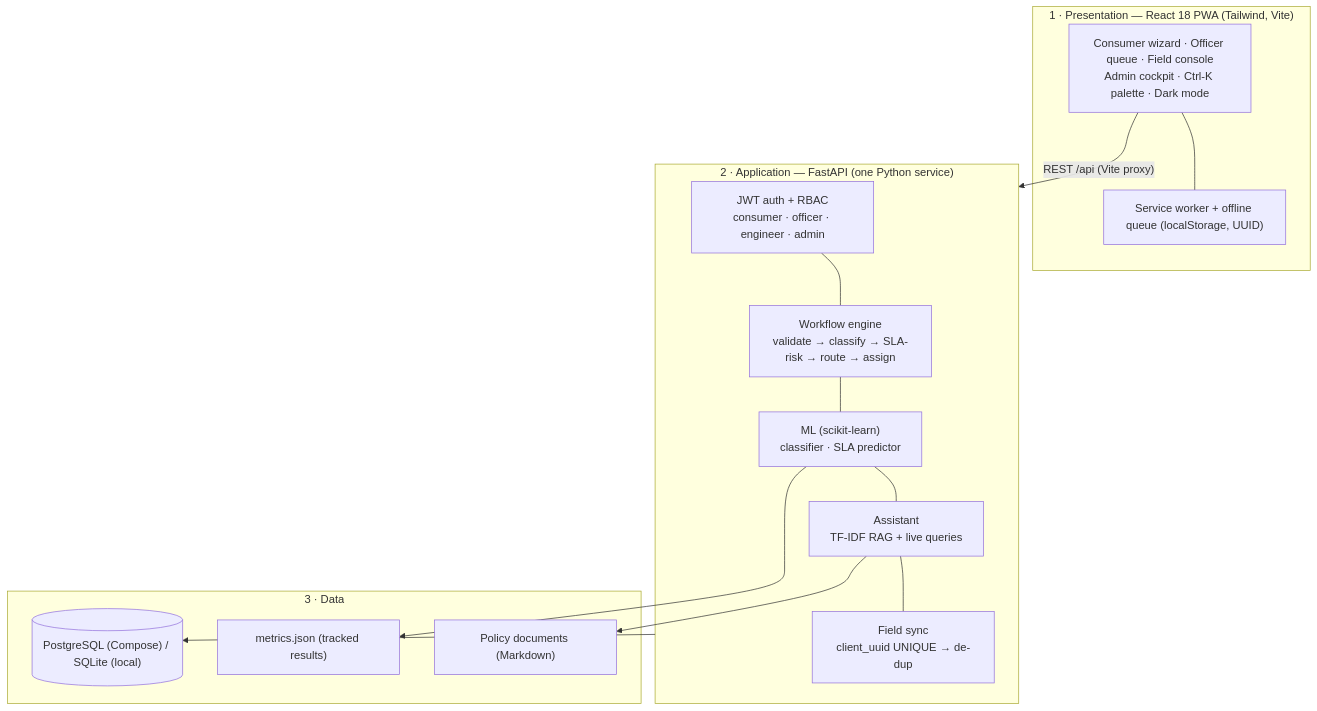
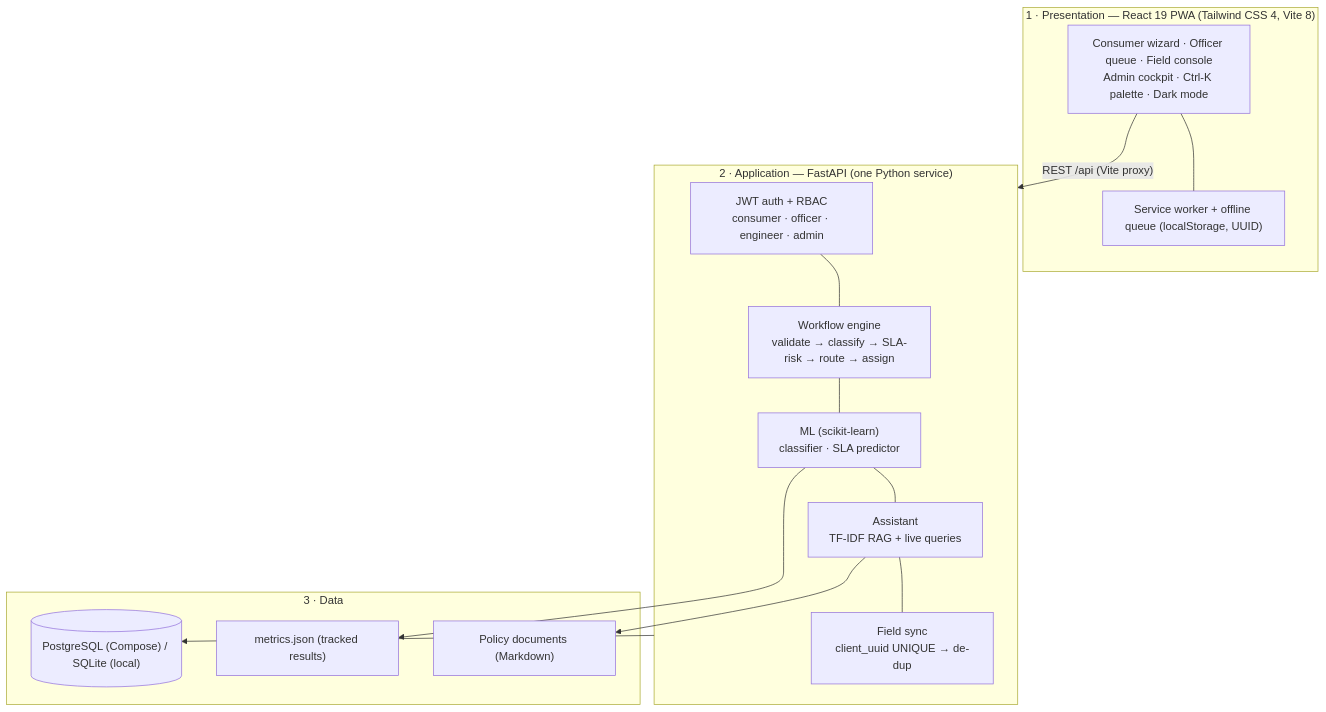
One commit to Yogeshsingh123-LAB/VidyutFlow changed the diagram in README.md. Above: the diagram before and after it, drawn with Mermaid. The commit also changed other lines of this file and 148 other files, not shown here.

````diff
--- a/README.md
+++ b/README.md
@@ -204,25 +203,25 @@
 ```mermaid
 flowchart TB
-    subgraph CLIENT["1 · Presentation — React 18 PWA (Tailwind, Vite)"]
+    subgraph CLIENT["1 · Presentation — React 19 PWA (Tailwind CSS 4, Vite 8)"]
         UI["Consumer wizard · Officer queue · Field console<br/>Admin cockpit · Ctrl-K palette · Dark mode"]
         SW["Service worker + offline queue (localStorage, UUID)"]
         UI --- SW
     end
     subgraph SERVICE["2 · Application — FastAPI (one Python service)"]
         AUTH["JWT auth + RBAC<br/>consumer · officer · engineer · admin"]
         WF["Workflow engine<br/>validate → classify → SLA-risk → route → assign"]
         ML["ML (scikit-learn)<br/>classifier · SLA predictor"]
         RAG["Assistant<br/>TF-IDF RAG + live queries"]
         SYNC["Field sync<br/>client_uuid UNIQUE → de-dup"]
         AUTH --- WF --- ML --- RAG --- SYNC
     end
     subgraph DATA["3 · Data"]
         DB[("PostgreSQL (Compose) / SQLite (local)")]
         POL["Policy documents (Markdown)"]
         MET["metrics.json (tracked results)"]
     end
     UI -->|"REST /api (Vite proxy)"| SERVICE
     SERVICE --> DB
     RAG --> POL
     ML --> MET
 ```
````
